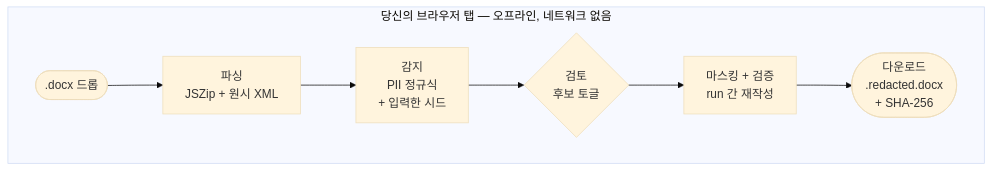
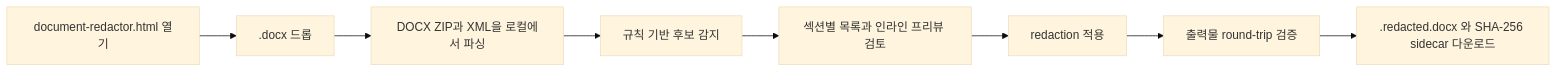
One commit to lowtidebuild/document-redactor changed the diagram in README.ko.md. Above: the diagram before and after it, drawn with Mermaid (base theme). The commit also changed other lines of this file and 25 other files, not shown here.

````diff
--- a/README.ko.md
+++ b/README.ko.md
@@ -99,11 +89,10 @@
 ```mermaid
 flowchart LR
-    subgraph browser["당신의 브라우저 탭 &mdash; 오프라인, 네트워크 없음"]
-        direction LR
-        A([.docx 드롭]) --> B[파싱<br/>JSZip + 원시 XML]
-        B --> C[감지<br/>PII 정규식<br/>+ 입력한 시드]
-        C --> D{검토<br/>후보 토글}
-        D --> E[마스킹 + 검증<br/>run 간 재작성]
-        E --> F([다운로드<br/>.redacted.docx<br/>+ SHA-256])
-    end
+    A[document-redactor.html 열기] --> B[.docx 드롭]
+    B --> C[DOCX ZIP과 XML을 로컬에서 파싱]
+    C --> D[규칙 기반 후보 감지]
+    D --> E[섹션별 목록과 인라인 프리뷰 검토]
+    E --> F[redaction 적용]
+    F --> G[출력물 round-trip 검증]
+    G --> H[.redacted.docx 와 SHA-256 sidecar 다운로드]
 ```
````
